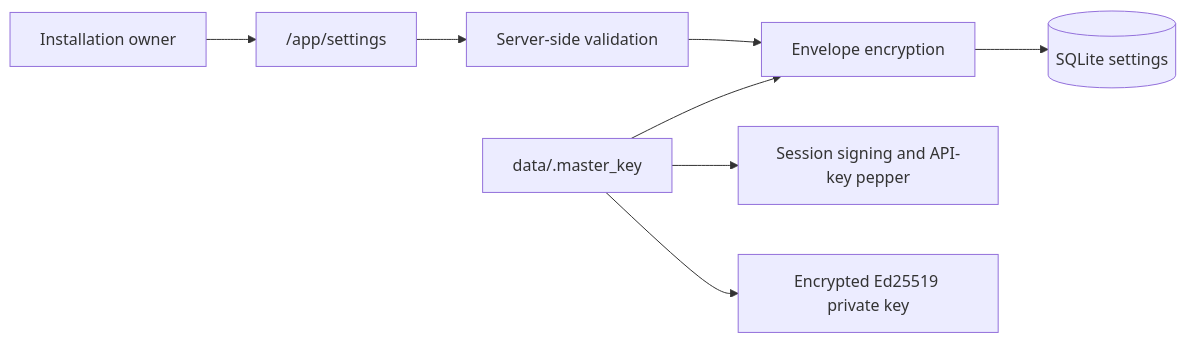
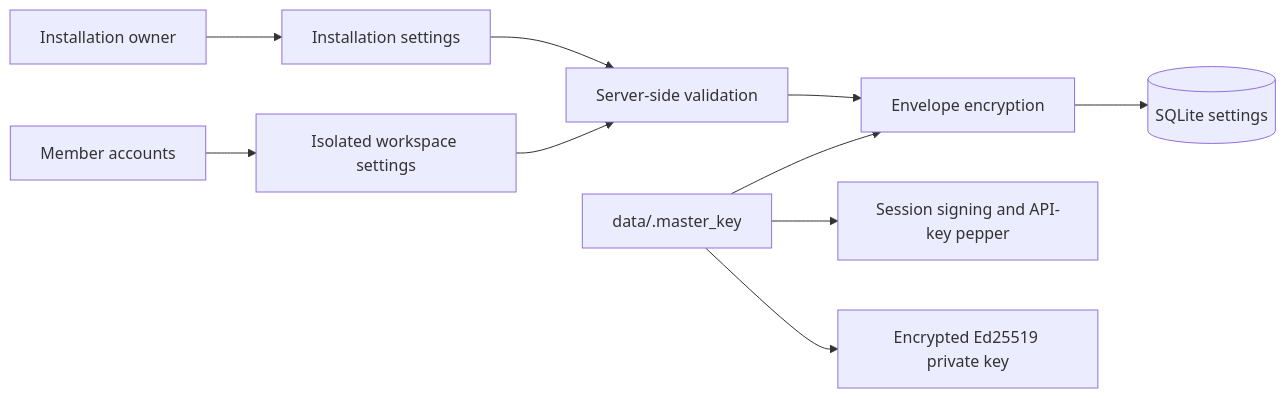
The fourth of 5 diagrams in docs/ARCHITECTURE.md (Afnanksalal/vera), drawn with Mermaid before and after one commit. The commit also changed other lines of this file and 13 other files, not shown here.

Commit message:
feat: enable isolated member registration

````diff
--- a/docs/ARCHITECTURE.md
+++ b/docs/ARCHITECTURE.md
@@ -144,10 +144,12 @@
 ```mermaid
 flowchart LR
-  OWNER[Installation owner] --> SETTINGS["/app/settings"]
+  OWNER[Installation owner] --> SETTINGS["Installation settings"]
+  MEMBER[Member accounts] --> WORKSPACE["Isolated workspace settings"]
   SETTINGS --> VALIDATE[Server-side validation]
+  WORKSPACE --> VALIDATE
   VALIDATE --> ENC[Envelope encryption]
   ENC --> DB[(SQLite settings)]
   MASTER[data/.master_key] --> ENC
   MASTER --> SESSION[Session signing and API-key pepper]
   MASTER --> IDENTITY[Encrypted Ed25519 private key]
 ```
````
